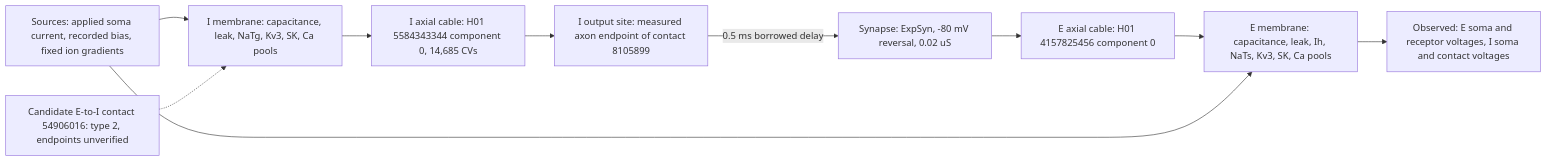
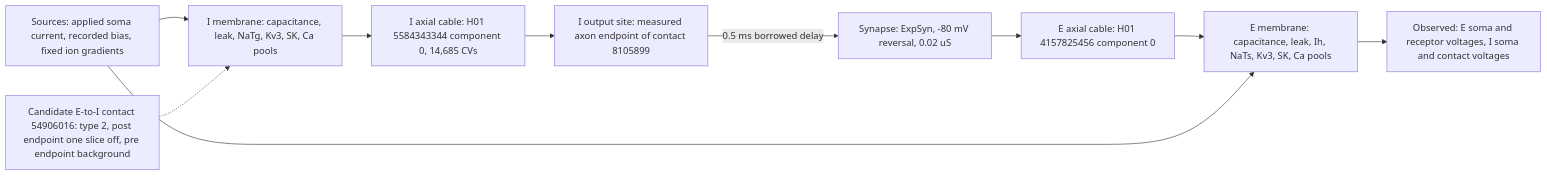
The diagram in docs/evidence/h01-circuit-z-map.md (mithridatic/braintrace), drawn with Mermaid before and after one commit. The commit also changed other lines of this file and 6 other files, not shown here.

Commit message:
Population edge list over the 104 proofread cells; E-to-I candidate not endpoint-supported

````diff
--- a/docs/evidence/h01-circuit-z-map.md
+++ b/docs/evidence/h01-circuit-z-map.md
@@ -8,12 +8,12 @@
 ```mermaid
 flowchart LR
     SRC[Sources: applied soma current, recorded bias, fixed ion gradients] --> IM[I membrane: capacitance, leak, NaTg, Kv3, SK, Ca pools]
     IM --> IA[I axial cable: H01 5584343344 component 0, 14,685 CVs]
     IA --> IC[I output site: measured axon endpoint of contact 8105899]
     IC -->|0.5 ms borrowed delay| SYN[Synapse: ExpSyn, -80 mV reversal, 0.02 uS]
     SYN --> EA[E axial cable: H01 4157825456 component 0]
     EA --> EM[E membrane: capacitance, leak, Ih, NaTs, Kv3, SK, Ca pools]
     SRC --> EM
     EM --> OUT[Observed: E soma and receptor voltages, I soma and contact voltages]
-    E2I[Candidate E-to-I contact 54906016: type 2, endpoints unverified] -.-> IM
+    E2I[Candidate E-to-I contact 54906016: type 2, post endpoint one slice off, pre endpoint background] -.-> IM
 ```
````
